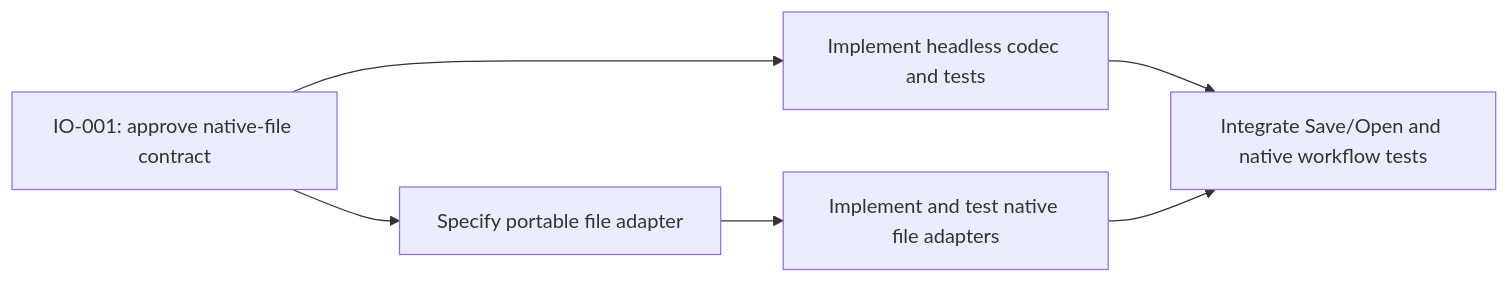
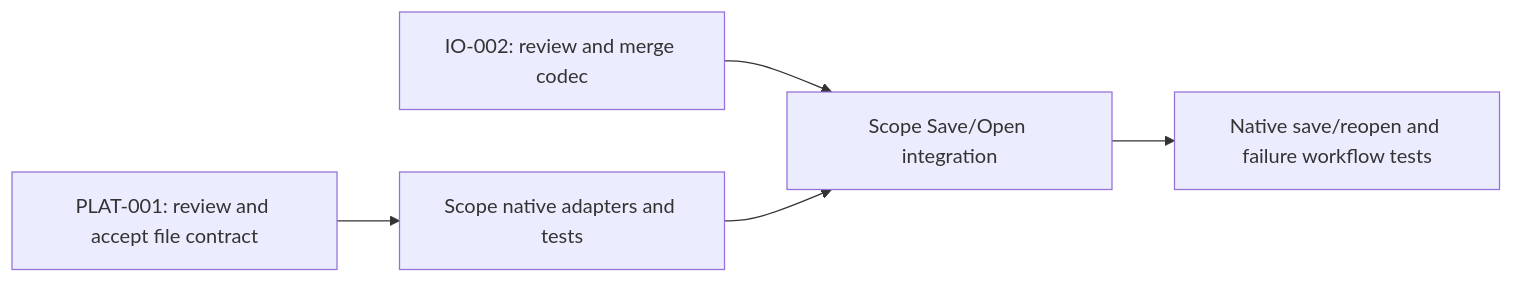
One commit to JnJarvis/open-simphy changed the second of 2 diagrams in tasks/graph.md. Above: the diagram before and after it, drawn with Mermaid. The commit also changed other lines of this file and 4 other files, not shown here.

Commit message:
Record codec validation and file transaction review queue

````diff
--- a/tasks/graph.md
+++ b/tasks/graph.md
@@ -93,8 +98,7 @@
 ```mermaid
 flowchart LR
-  contract["IO-001: approve native-file contract"] --> codec["Implement headless codec and tests"]
-  contract --> file_contract["Specify portable file adapter"]
-  file_contract --> files["Implement and test native file adapters"]
-  codec --> integration["Integrate Save/Open and native workflow tests"]
-  files --> integration
+  codec["IO-002: review and merge codec"] --> app["Scope Save/Open integration"]
+  contract["PLAT-001: review and accept file contract"] --> adapters["Scope native adapters and tests"]
+  adapters --> app
+  app --> smoke["Native save/reopen and failure workflow tests"]
 ```
````
